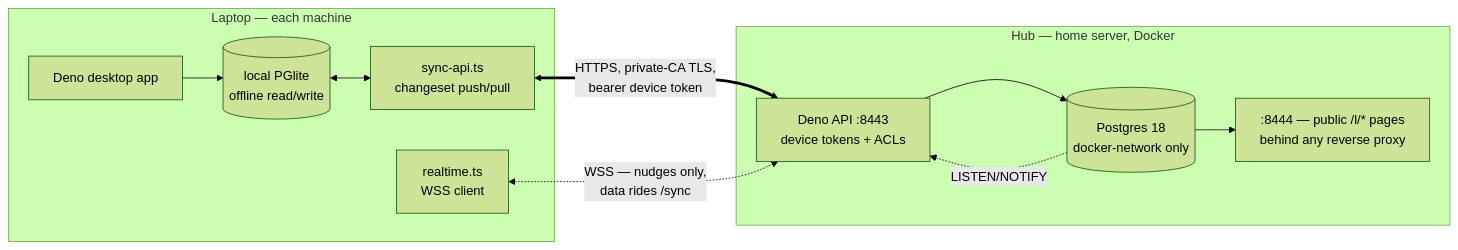
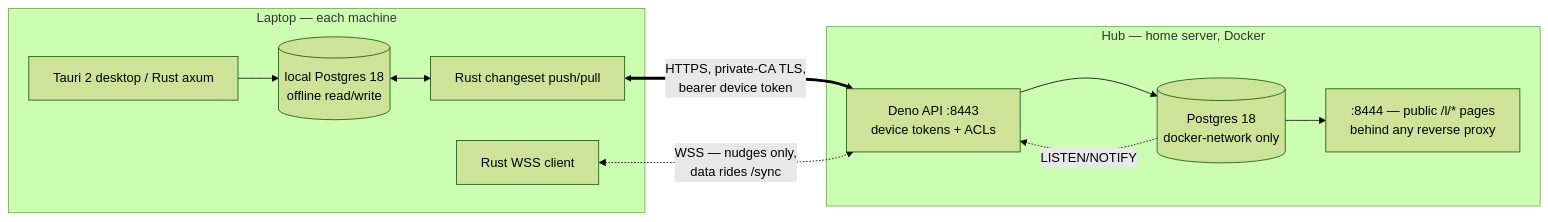
One commit to Andarius/trame changed the diagram in README.md. Above: the diagram before and after it, drawn with Mermaid (forest theme). The commit also changed other lines of this file and 141 other files, not shown here.

First line of the commit message:
feat!: native Rust runtime — Tauri 2 shell, axum backend, bundled PostgreSQL 18

````diff
--- a/README.md
+++ b/README.md
@@ -295,16 +283,16 @@
 ```mermaid
 flowchart LR
     subgraph laptop [Laptop — each machine]
-        app[Deno desktop app] --> pgl[(local PGlite<br/>offline read/write)]
-        pgl <--> sync[sync-api.ts<br/>changeset push/pull]
-        rt[realtime.ts<br/>WSS client]
+        app[Tauri 2 desktop / Rust axum] --> pgl[(local Postgres 18<br/>offline read/write)]
+        pgl <--> sync[Rust changeset push/pull]
+        rt[Rust WSS client]
     end
     subgraph hub [Hub — home server, Docker]
         api[Deno API :8443<br/>device tokens + ACLs] --> pg[(Postgres 18<br/>docker-network only)]
         links[:8444 — public /l/* pages<br/>behind any reverse proxy]
         pg -. LISTEN/NOTIFY .-> api
         pg --> links
     end
     sync <==>|HTTPS, private-CA TLS,<br/>bearer device token| api
     rt <-.->|WSS — nudges only,<br/>data rides /sync| api
 ```
````
